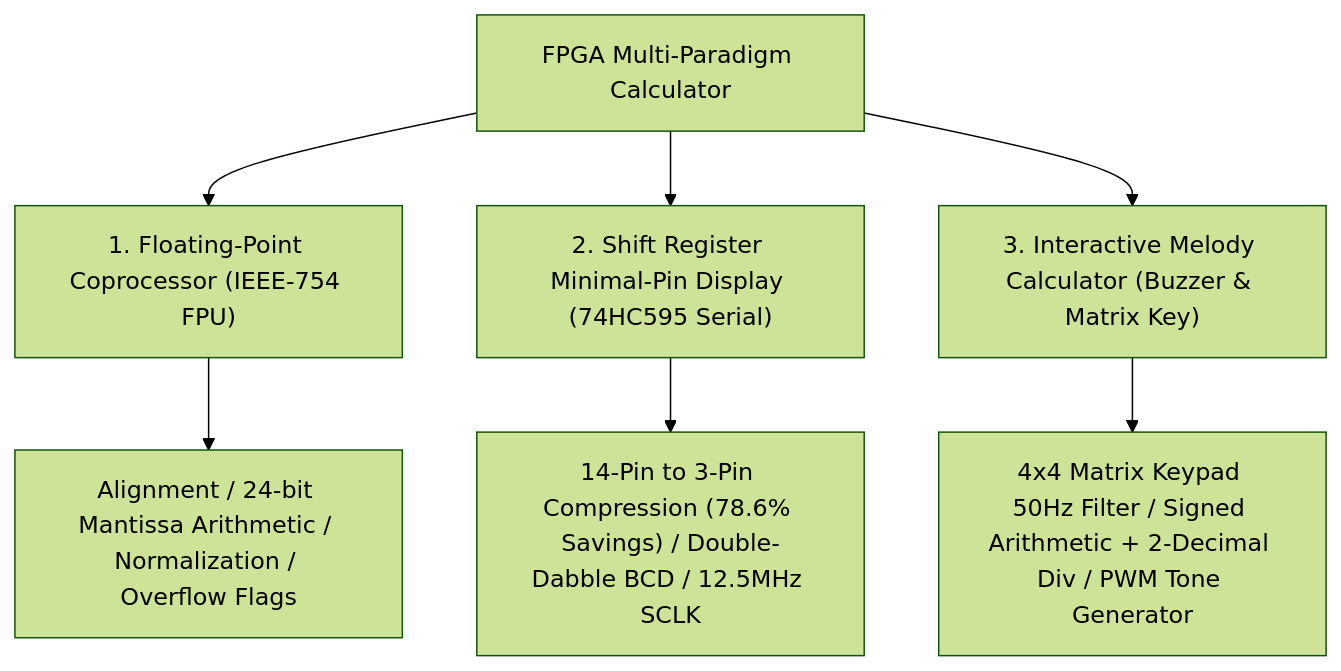
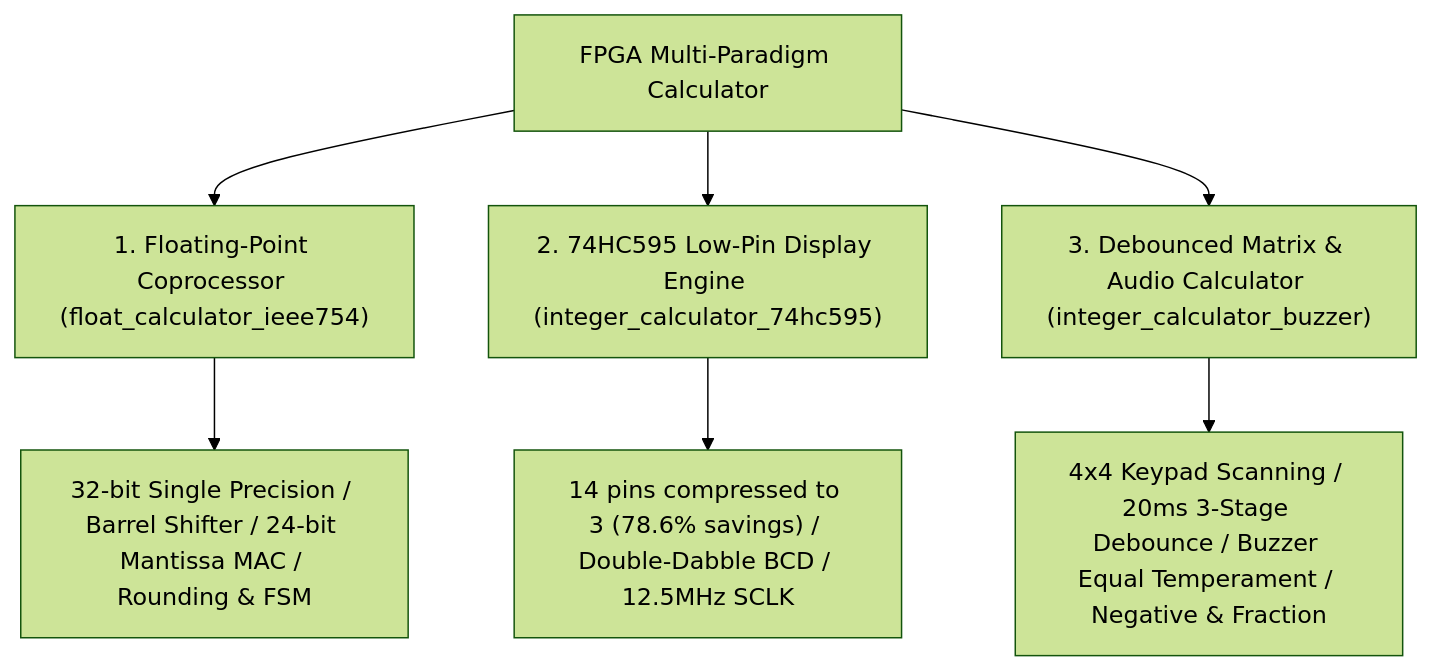
Before and after one commit to DongFengPo1412/Design-of-Simple-Calculator-Based-on-FPGA: the first of 3 diagrams in README_EN.md, drawn with Mermaid (forest theme). The commit also changed other lines of this file and 10 other files, not shown here.

Commit message:
docs: optimize multi-paradigm calculator documentation with authentic hardware demo and architectural schematics

````diff
--- a/README_EN.md
+++ b/README_EN.md
@@ -48,10 +97,10 @@
 ```mermaid
 graph TD
-    Root["FPGA Multi-Paradigm Calculator"] --> FPU["1. Floating-Point Coprocessor (IEEE-754 FPU)"]
-    Root --> HC595["2. Shift Register Minimal-Pin Display (74HC595 Serial)"]
-    Root --> Buzzer["3. Interactive Melody Calculator (Buzzer & Matrix Key)"]
+    Root["FPGA Multi-Paradigm Calculator"] --> FPU["1. Floating-Point Coprocessor (float_calculator_ieee754)"]
+    Root --> HC595["2. 74HC595 Low-Pin Display Engine (integer_calculator_74hc595)"]
+    Root --> Buzzer["3. Debounced Matrix & Audio Calculator (integer_calculator_buzzer)"]
     
-    FPU --> FPU_Features["Alignment / 24-bit Mantissa Arithmetic / Normalization / Overflow Flags"]
-    HC595 --> HC595_Features["14-Pin to 3-Pin Compression (78.6% Savings) / Double-Dabble BCD / 12.5MHz SCLK"]
-    Buzzer --> Buzzer_Features["4x4 Matrix Keypad 50Hz Filter / Signed Arithmetic + 2-Decimal Div / PWM Tone Generator"]
+    FPU --> F_Feat["32-bit Single Precision / Barrel Shifter / 24-bit Mantissa MAC / Rounding & FSM"]
+    HC595 --> H_Feat["14 pins compressed to 3 (78.6% savings) / Double-Dabble BCD / 12.5MHz SCLK"]
+    Buzzer --> B_Feat["4x4 Keypad Scanning / 20ms 3-Stage Debounce / Buzzer Equal Temperament / Negative & Fraction"]
 ```
````
